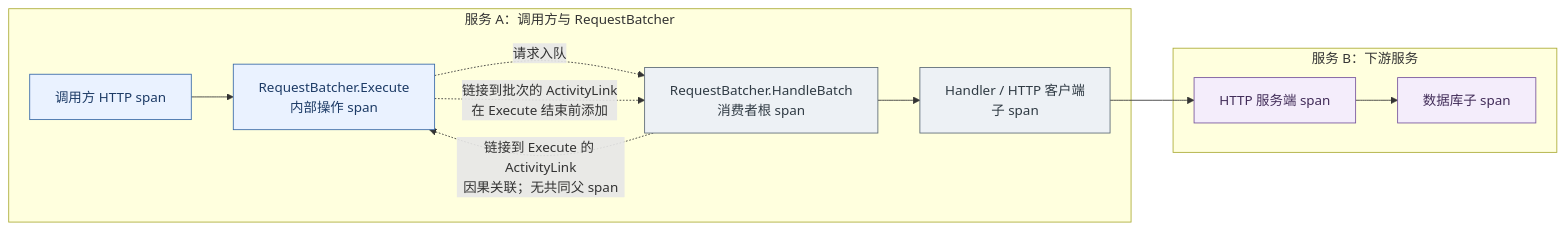
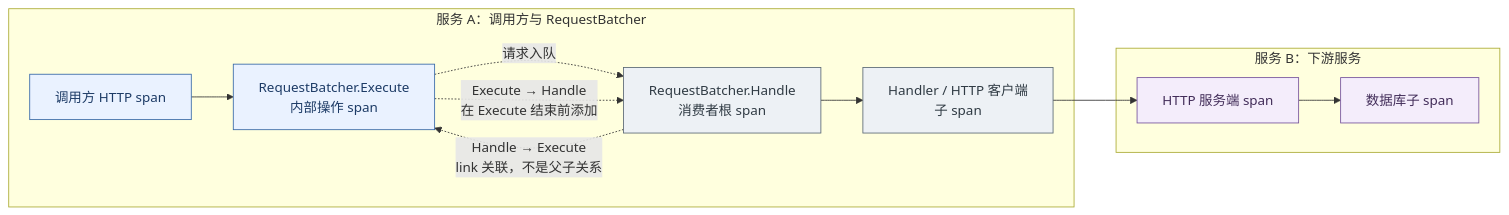
One commit to eventhorizon-cli/RequestBatcher changed the diagram in docs/diagrams/observability.zh-CN.mmd. Above: the diagram before and after it, drawn with Mermaid. The commit also changed 86 other files, not shown here.

```diff
--- a/docs/diagrams/observability.zh-CN.mmd
+++ b/docs/diagrams/observability.zh-CN.mmd
@@ -1,23 +1,24 @@
 flowchart LR
-    %% Execute and HandleBatch link in both directions; neither is the other's parent.
-    %% Execute collects batch contexts at dispatch and adds links before it ends.
+    %% 本批次对应的 Execute span 中至少一个被采样时，Handle 通过 link 指向本批次全部 Execute 上下文，包括未采样的 Execute；全部 Execute 未采样时，Handle 不采样。
+    %% 已采样且请求数据的 Execute 在结束前添加 link，仅指向处理本次提交的 Handle。
+    %% Execute 与 Handle 不形成父子关系。
     subgraph A[服务 A：调用方与 RequestBatcher]
         HTTPA[调用方 HTTP span] --> EXEC[RequestBatcher.Execute<br/>内部操作 span]
-        EXEC -. "请求入队" .-> BATCH[RequestBatcher.HandleBatch<br/>消费者根 span]
+        EXEC -. "请求入队" .-> BATCH[RequestBatcher.Handle<br/>消费者根 span]
         BATCH --> HANDLER[Handler / HTTP 客户端<br/>子 span]
-        BATCH -. "链接到 Execute 的 ActivityLink<br/>因果关联；无共同父 span" .-> EXEC
-        EXEC -. "链接到批次的 ActivityLink<br/>在 Execute 结束前添加" .-> BATCH
+        BATCH -. "Handle → Execute<br/>link 关联，不是父子关系" .-> EXEC
+        EXEC -. "Execute → Handle<br/>在 Execute 结束前添加" .-> BATCH
     end
 
     subgraph B[服务 B：下游服务]
         HTTPB[HTTP 服务端 span] --> DB[数据库子 span]
     end
 
     HANDLER --> HTTPB
 
     classDef caller fill:#eaf2ff,stroke:#3567a7,color:#1d3b66
     classDef batch fill:#edf1f5,stroke:#596773,color:#303b44
     classDef downstream fill:#f4edfb,stroke:#75529b,color:#422d59
     class HTTPA,EXEC caller
     class BATCH,HANDLER batch
     class HTTPB,DB downstream
```
